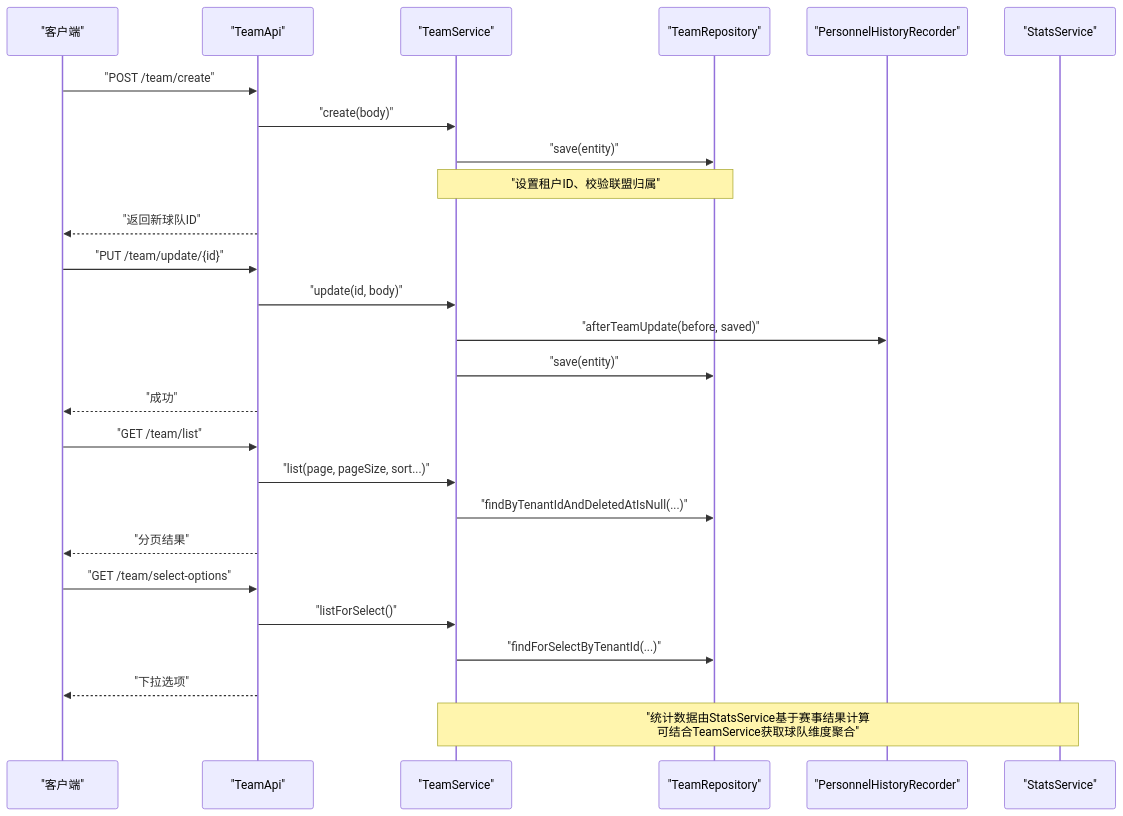
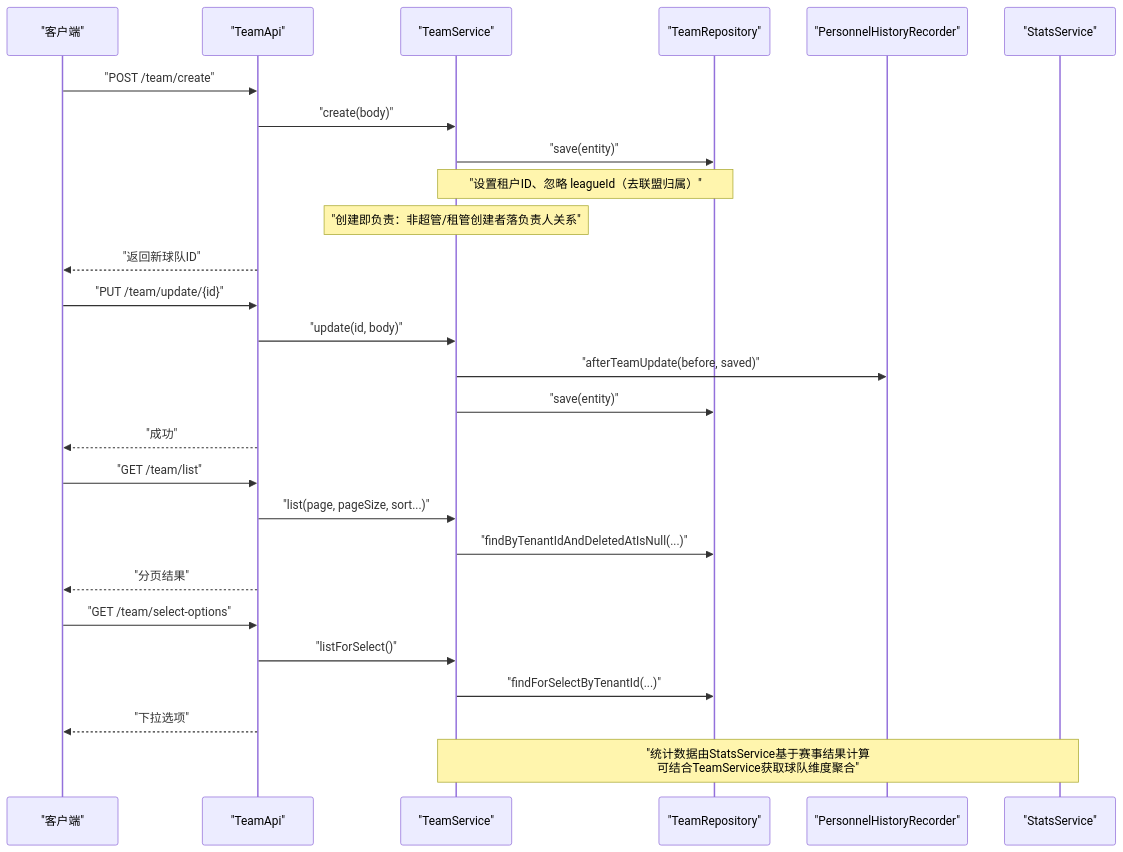
Before and after one commit to skvan/bsdone: the second of 7 diagrams in docs/tech/数据模型设计/核心业务实体/球队实体(Team).md, drawn with Mermaid. The commit also changed other lines of this file and 46 other files, not shown here.

````diff
--- a/docs/tech/数据模型设计/核心业务实体/球队实体(Team).md
+++ b/docs/tech/数据模型设计/核心业务实体/球队实体(Team).md
@@ -62,28 +64,29 @@
 ```mermaid
 sequenceDiagram
 participant Client as "客户端"
 participant API as "TeamApi"
 participant Svc as "TeamService"
 participant Repo as "TeamRepository"
 participant Hist as "PersonnelHistoryRecorder"
 participant Stats as "StatsService"
 Client->>API : "POST /team/create"
 API->>Svc : "create(body)"
 Svc->>Repo : "save(entity)"
-Note over Svc,Repo : "设置租户ID、校验联盟归属"
+Note over Svc,Repo : "设置租户ID、忽略 leagueId（去联盟归属）"
+Note over Svc : "创建即负责：非超管/租管创建者落负责人关系"
 API-->>Client : "返回新球队ID"
 Client->>API : "PUT /team/update/{id}"
 API->>Svc : "update(id, body)"
 Svc->>Hist : "afterTeamUpdate(before, saved)"
 Svc->>Repo : "save(entity)"
 API-->>Client : "成功"
 Client->>API : "GET /team/list"
 API->>Svc : "list(page, pageSize, sort...)"
 Svc->>Repo : "findByTenantIdAndDeletedAtIsNull(...)"
 API-->>Client : "分页结果"
 Client->>API : "GET /team/select-options"
 API->>Svc : "listForSelect()"
 Svc->>Repo : "findForSelectByTenantId(...)"
 API-->>Client : "下拉选项"
 Note over Stats,Svc : "统计数据由StatsService基于赛事结果计算<br/>可结合TeamService获取球队维度聚合"
 ```
````
